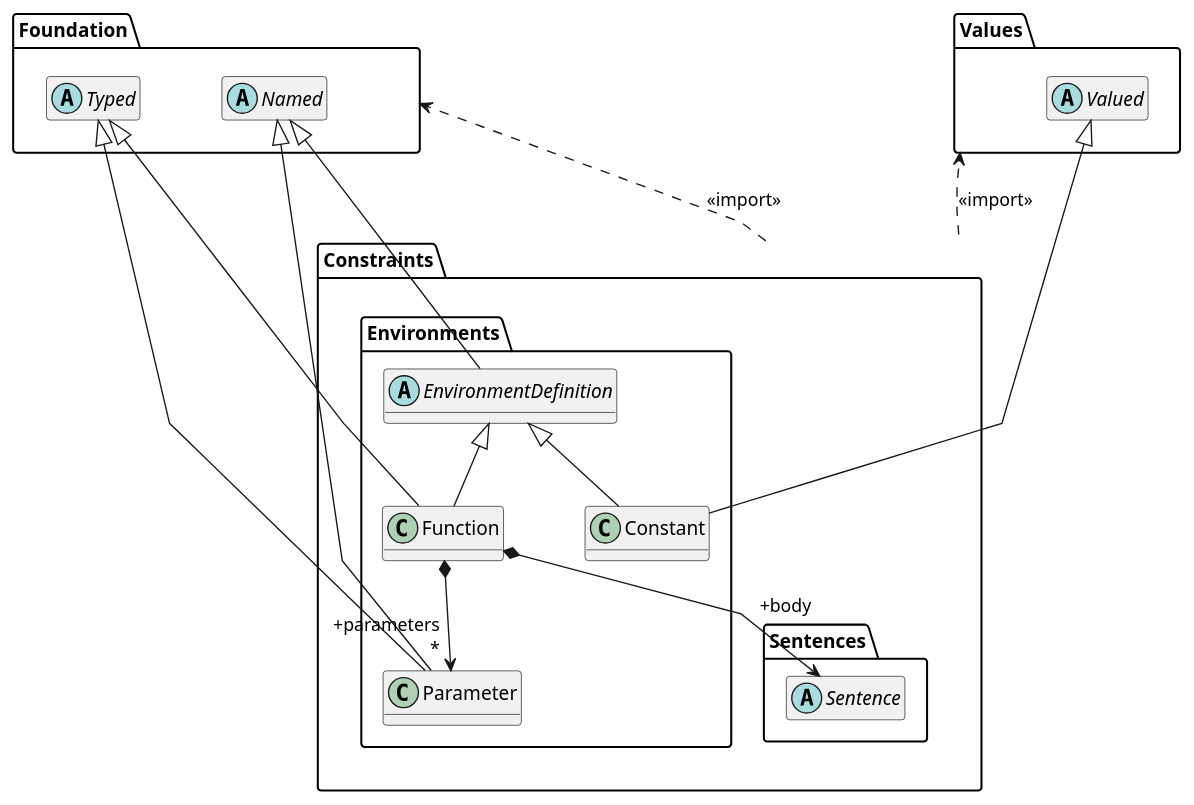
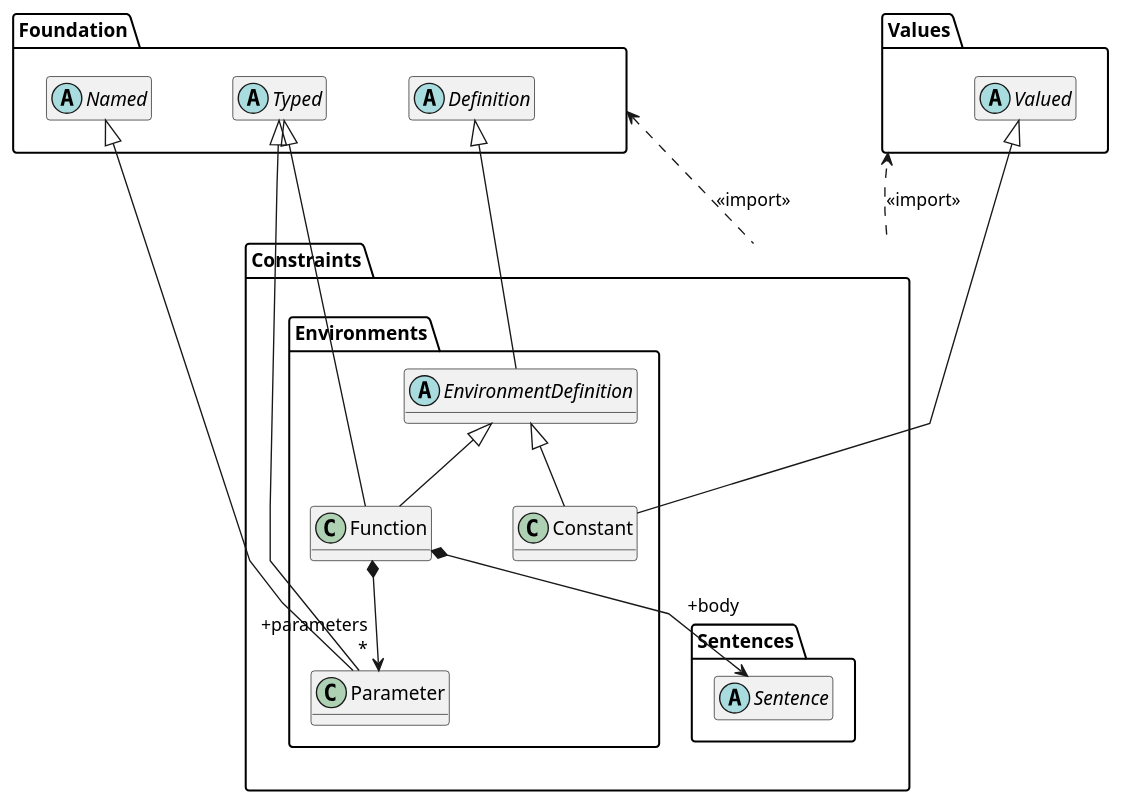
Diagram 17 of 18 in docs/meta-model.org (sdm-lang/sdml-io), drawn with PlantUML before and after one commit. The commit also changed 13 other files, not shown here.

```diff
--- a/docs/meta-model.org
+++ b/docs/meta-model.org
@@ -2359,47 +2359,48 @@
 #+BEGIN_SRC plantuml :file ./metamodel-constraint-environments.svg
 @startuml
 skinparam backgroundColor transparent
 skinparam linetype polyline
 skinparam nodesep 60
 skinparam ranksep 60
 hide methods
 
 package Foundation {
     hide members
+    abstract class Definition
     abstract class Named
     abstract class Typed
 }
 
 package Values {
     hide members
     abstract class Valued
 }
 
 package Constraints {
     package Sentences {
         hide members
         abstract class Sentence {}
     }
     package Environments {
         abstract class EnvironmentDefinition {}
-        EnvironmentDefinition -up-|> Named
+        EnvironmentDefinition -up-|> Definition
         
         class Function {}
         Function -up-|> EnvironmentDefinition
         Function -up-|> Typed
         Function *--> "+body\n\n" Sentence
 
         class Parameter {}
         Parameter -up-|> Named
         Parameter -up-|> Typed
         Function *--> "+parameters\r*" Parameter
 
         class Constant {}
         Constant -up-|> EnvironmentDefinition
         Constant -up-|> Valued
     }
 }
 Constraints .up.> Foundation: "<<import>>"
 Constraints .up.> Values: "<<import>>"
 @enduml
 #+END_SRC
```
